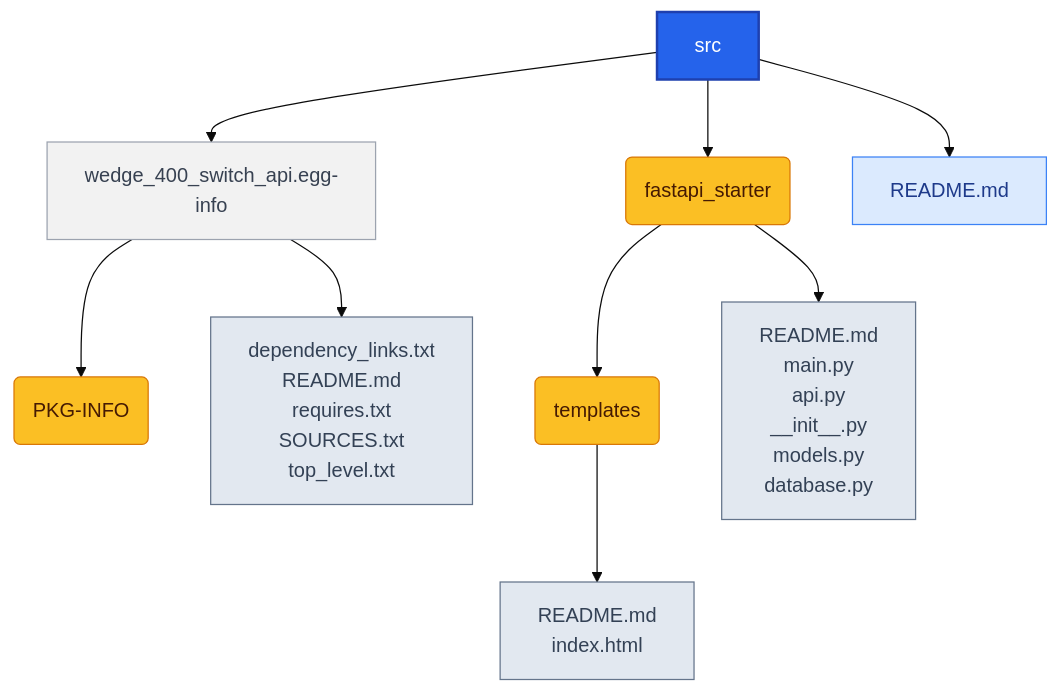
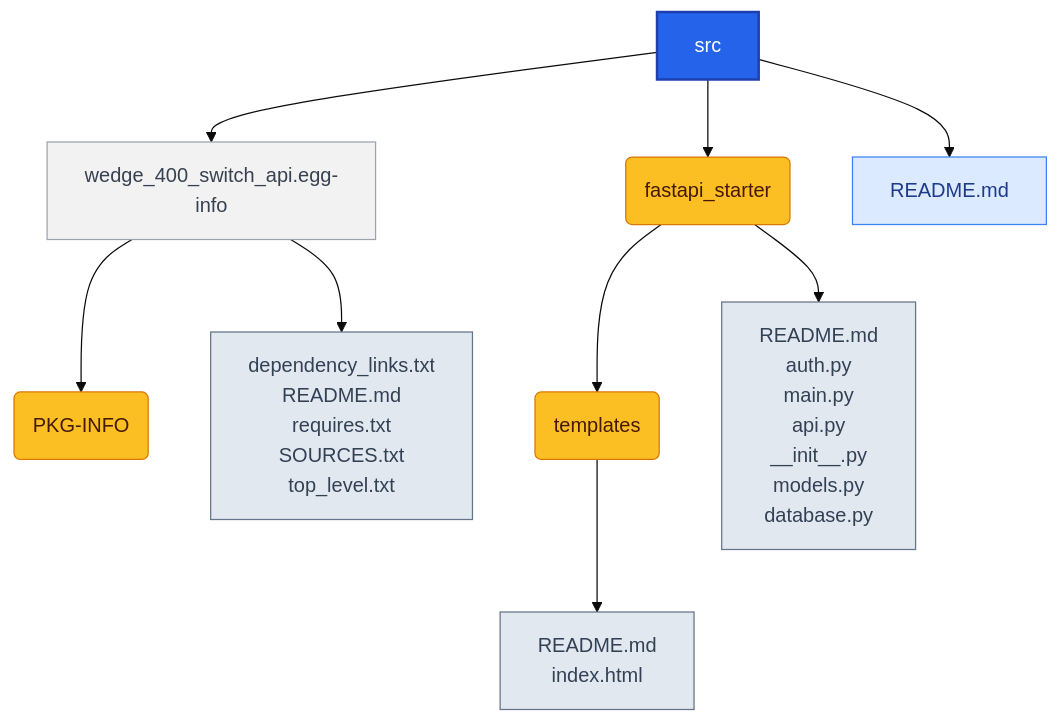
Before and after one commit to Richie086/scripts-public: the diagram in projects/Wedge-400-Switch-API/src/README.md, drawn with Mermaid (base theme). The commit also changed 9 other files, not shown here.

````diff
--- a/projects/Wedge-400-Switch-API/src/README.md
+++ b/projects/Wedge-400-Switch-API/src/README.md
@@ -11,16 +11,16 @@
 ```mermaid
 graph TD
 	root["src"]:::root --> n1["wedge_400_switch_api.egg-info"]:::file-other
 	root["src"]:::root --> n2("fastapi_starter"):::folder
 	root["src"]:::root --> n3["README.md"]:::file-md
 	n1 --> n1_4("PKG-INFO"):::folder
 	n2 --> n2_1("templates"):::folder
 	n1 --> n1_6["dependency_links.txt<br>README.md<br>requires.txt<br>SOURCES.txt<br>top_level.txt"]:::file-bundle
-	n2 --> n2_7["README.md<br>main.py<br>api.py<br>__init__.py<br>models.py<br>database.py"]:::file-bundle
+	n2 --> n2_8["README.md<br>auth.py<br>main.py<br>api.py<br>__init__.py<br>models.py<br>database.py"]:::file-bundle
 	n2_1 --> n2_1_2["README.md<br>index.html"]:::file-bundle
 classDef root fill:#2563eb,stroke:#1e40af,stroke-width:2px,color:#ffffff;
 classDef folder fill:#fbbf24,stroke:#d97706,stroke-width:1px,color:#451a03;
 classDef file-bundle fill:#e2e8f0,stroke:#64748b,stroke-width:1px,color:#334155;
 classDef file-md fill:#dbeafe,stroke:#3b82f6,stroke-width:1px,color:#1e3a8a;
 classDef file-other fill:#f2f2f2,stroke:#9ca3af,stroke-width:1px,color:#374151;
 ```
````
